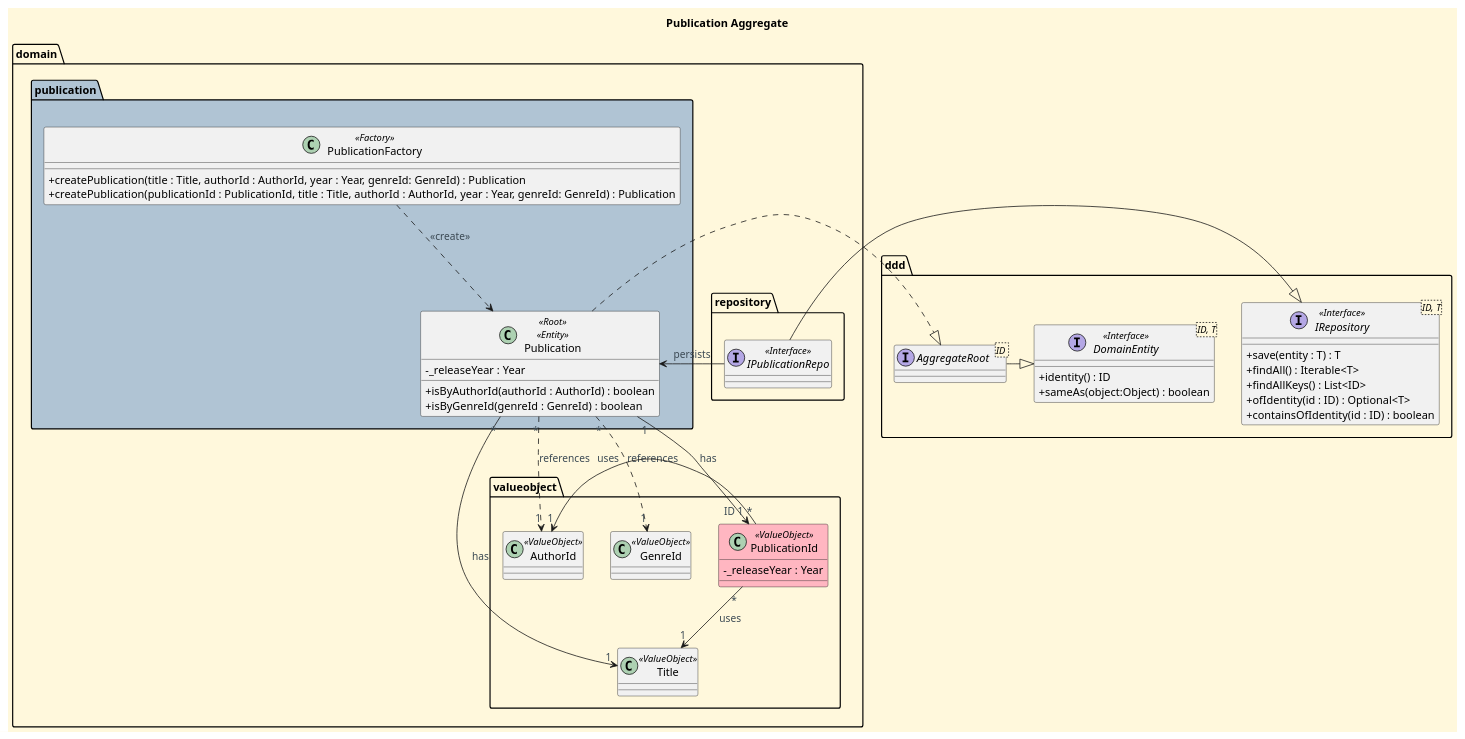
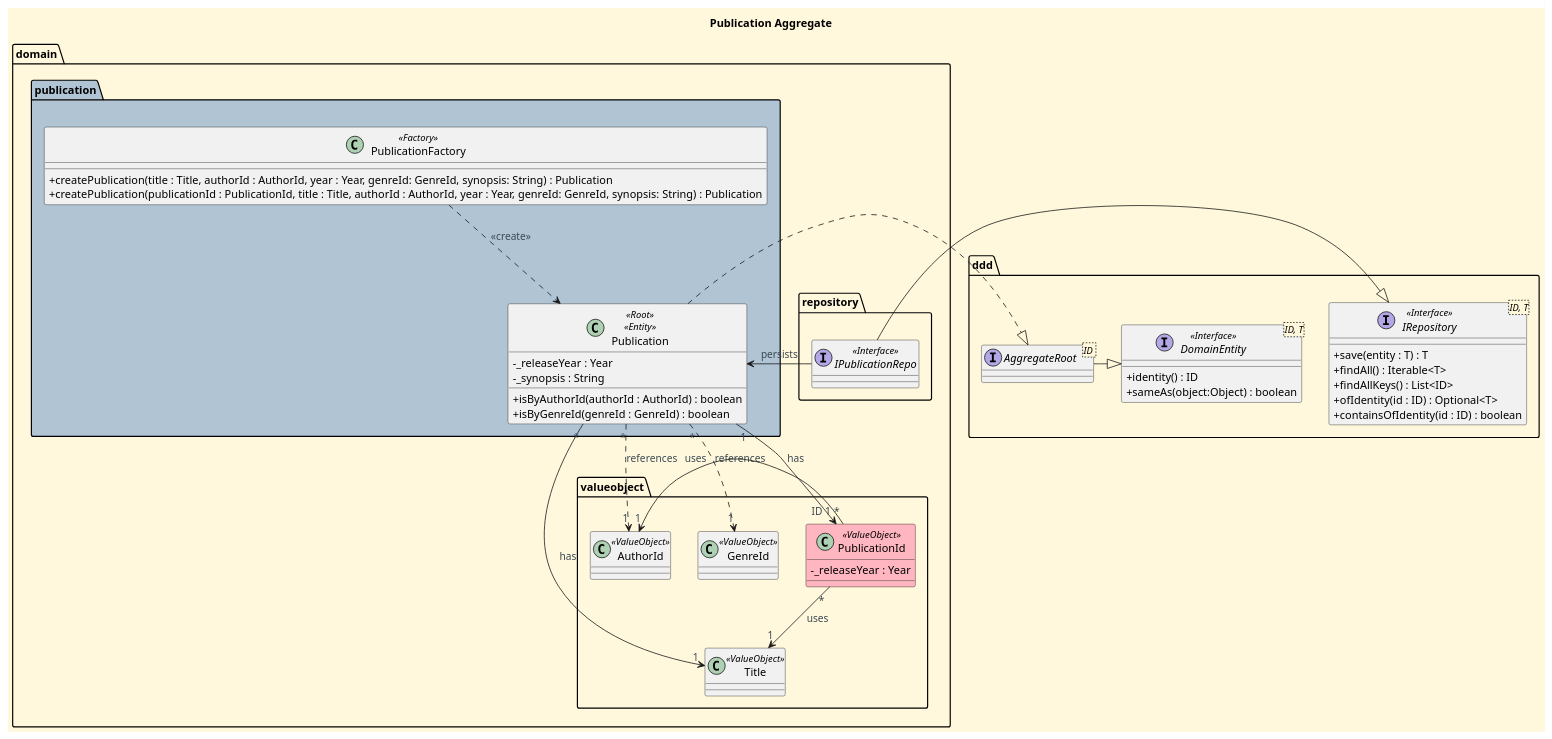
The diagram in docs/aggregates-diagrams/Publication_Aggregate.puml (CarolinaLeite-collab/JavaMarketplacePlatform), drawn with PlantUML before and after one commit.

Commit message:
docs: updated Publication aggregate diagram to reflect new attribute - refs #1159

```diff
--- a/docs/aggregates-diagrams/Publication_Aggregate.puml
+++ b/docs/aggregates-diagrams/Publication_Aggregate.puml
@@ -1,99 +1,100 @@
 @startuml
 
 '==== Title ====
 title Publication Aggregate
 
 
 '==== basic style ====
 skinparam monochrome false
 skinparam shadowing false
 skinparam defaultFontName Futura
 skinparam objectFontSize 20
 skinparam backgroundColor CornSilk
 skinparam objectBackgroundColor WhiteSmoke
 skinparam noteBackgroundColor #FFFFE0
 skinparam ArrowFontColor #3B4953
 skinparam ActivationBackgroundColor black
 skinparam classAttributeIconSize 0
 
 top to bottom direction
 ' ===== Domain =====
 Package "domain" {
 
     Package "publication" #b0c4d4 {
 
         class Publication <<Root>> <<Entity>> {
             -_releaseYear : Year
+            -_synopsis : String
             +isByAuthorId(authorId : AuthorId) : boolean
             +isByGenreId(genreId : GenreId) : boolean
         }
 
         class PublicationFactory <<Factory>> {
-            +createPublication(title : Title, authorId : AuthorId, year : Year, genreId: GenreId) : Publication
-            +createPublication(publicationId : PublicationId, title : Title, authorId : AuthorId, year : Year, genreId: GenreId) : Publication
+            +createPublication(title : Title, authorId : AuthorId, year : Year, genreId: GenreId, synopsis: String) : Publication
+            +createPublication(publicationId : PublicationId, title : Title, authorId : AuthorId, year : Year, genreId: GenreId, synopsis: String) : Publication
         }
 
     }
 
     Package "valueobject"  {
 
         class PublicationId <<ValueObject>> #LightPink {
            - _releaseYear : Year
 
         }
 
         class Title <<ValueObject>> {
         }
 
         class AuthorId <<ValueObject>> {
         }
 
         class GenreId <<ValueObject>>{
         }
 
 
 
     }
 
     Package "repository"   {
         interface IPublicationRepo <<Interface>>
     }
 
     Publication -[hidden]right- IPublicationRepo
     PublicationId -[hidden]right- IPublicationRepo
 
 }
 
 Package "ddd" {
     interface IRepository<ID, T> <<Interface>> {
         +save(entity : T) : T
         +findAll() : Iterable<T>
         +findAllKeys() : List<ID>
         +ofIdentity(id : ID) : Optional<T>
         +containsOfIdentity(id : ID) : boolean
     }
     interface AggregateRoot <ID >{
              }
     interface DomainEntity<ID, T> <<Interface>> {
               +identity() : ID
               +sameAs(object:Object) : boolean
     }
 }
 
 
 ' ===== Relations =====
 Publication "1" --> "ID 1" PublicationId : has
 Publication "*"-> "1" Title : has
 Publication "*"..> "1" AuthorId : references
 Publication "*"..> "1" GenreId : references
 
 PublicationId "*" --> "1" Title : uses
 PublicationId "*" -> "1" AuthorId : uses
 
 IPublicationRepo -|> IRepository
 IPublicationRepo -> Publication : persists
 PublicationFactory ..> Publication : <<create>>
 
 AggregateRoot -|> DomainEntity
 Publication .|> AggregateRoot
 @enduml
```
